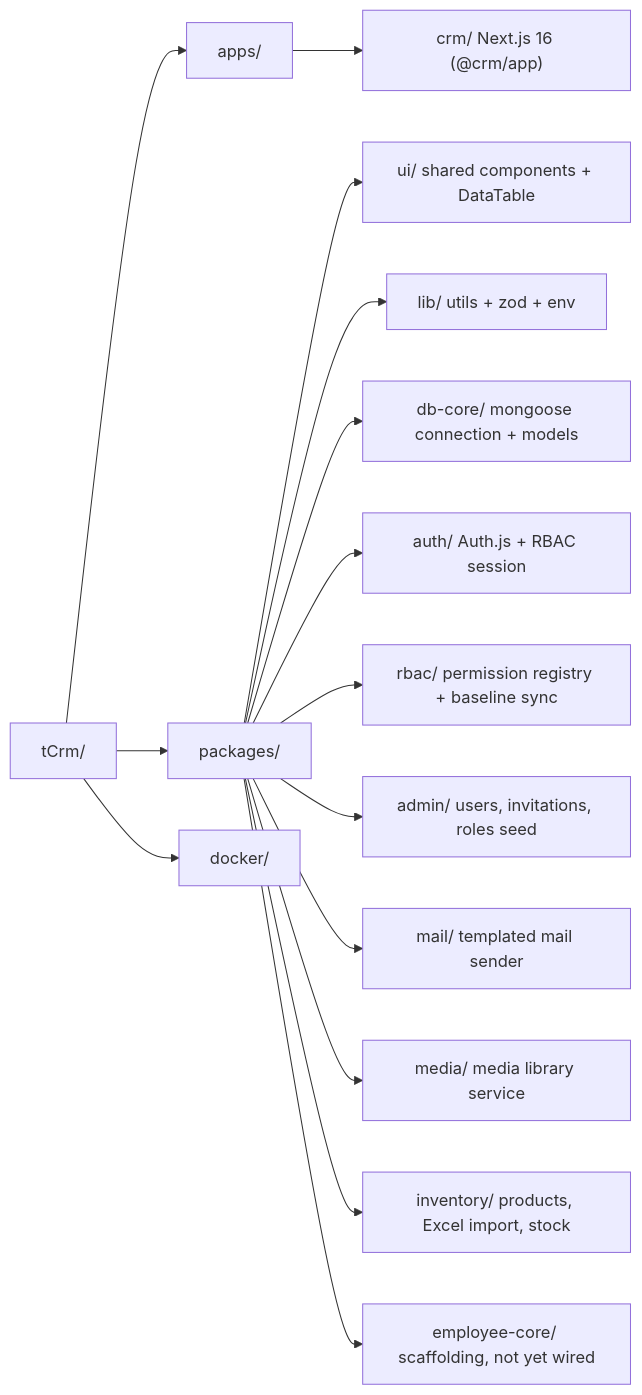
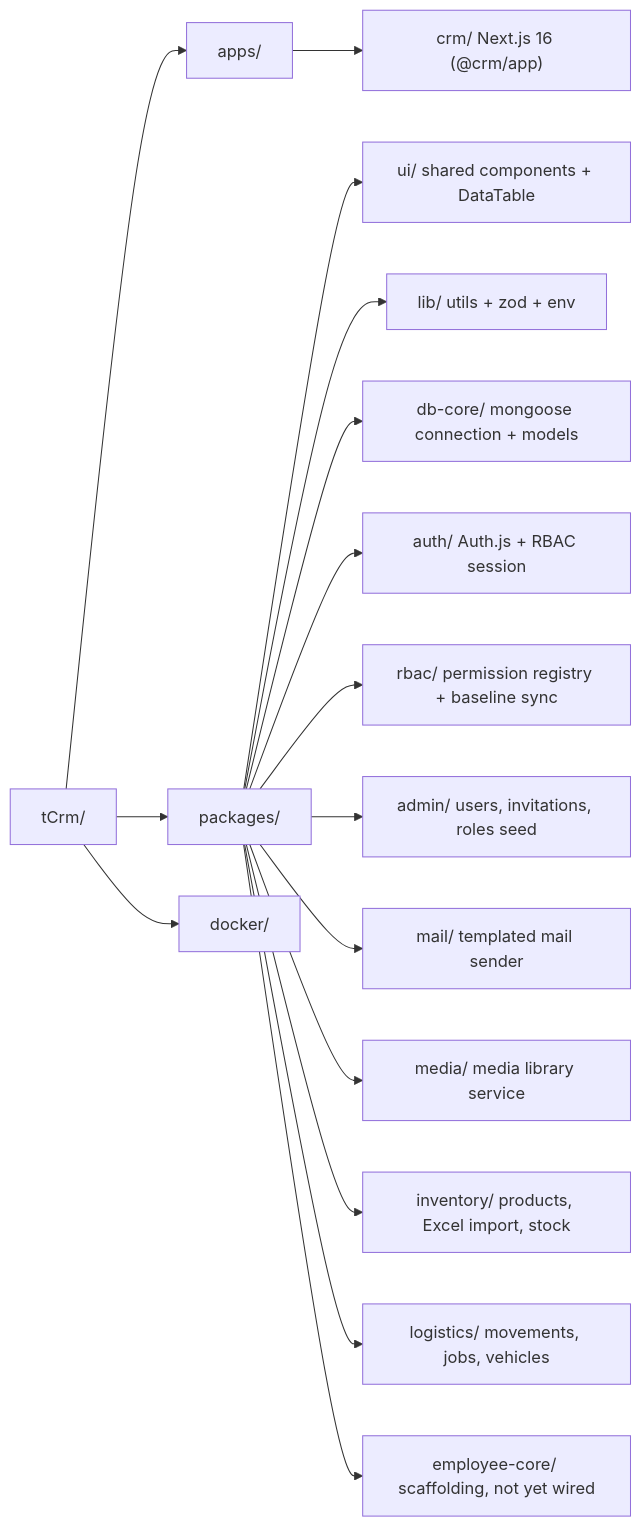
The first of 3 diagrams in docs/ARCHITECTURE.md (Tomkoooo/tCrm), drawn with Mermaid before and after one commit. The commit also changed other lines of this file and 114 other files, not shown here.

````diff
--- a/docs/ARCHITECTURE.md
+++ b/docs/ARCHITECTURE.md
@@ -27,17 +27,18 @@
 ```mermaid
 flowchart LR
   root[tCrm/] --> apps[apps/]
   root --> packages[packages/]
   root --> docker[docker/]
   apps --> crm["crm/ Next.js 16 (@crm/app)"]
   packages --> ui["ui/ shared components + DataTable"]
   packages --> lib["lib/ utils + zod + env"]
   packages --> dbcore["db-core/ mongoose connection + models"]
   packages --> auth["auth/ Auth.js + RBAC session"]
   packages --> rbac["rbac/ permission registry + baseline sync"]
   packages --> admin["admin/ users, invitations, roles seed"]
   packages --> mail["mail/ templated mail sender"]
   packages --> media["media/ media library service"]
   packages --> inventory["inventory/ products, Excel import, stock"]
+  packages --> logistics["logistics/ movements, jobs, vehicles"]
   packages --> employeecore["employee-core/ scaffolding, not yet wired"]
 ```
````
